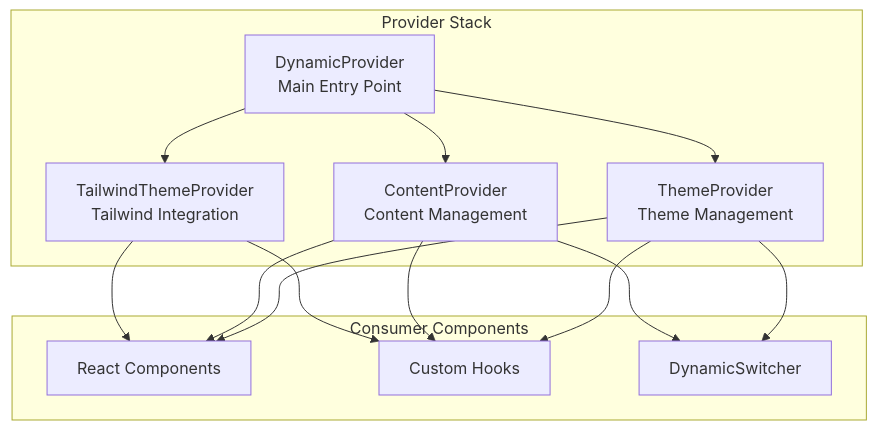
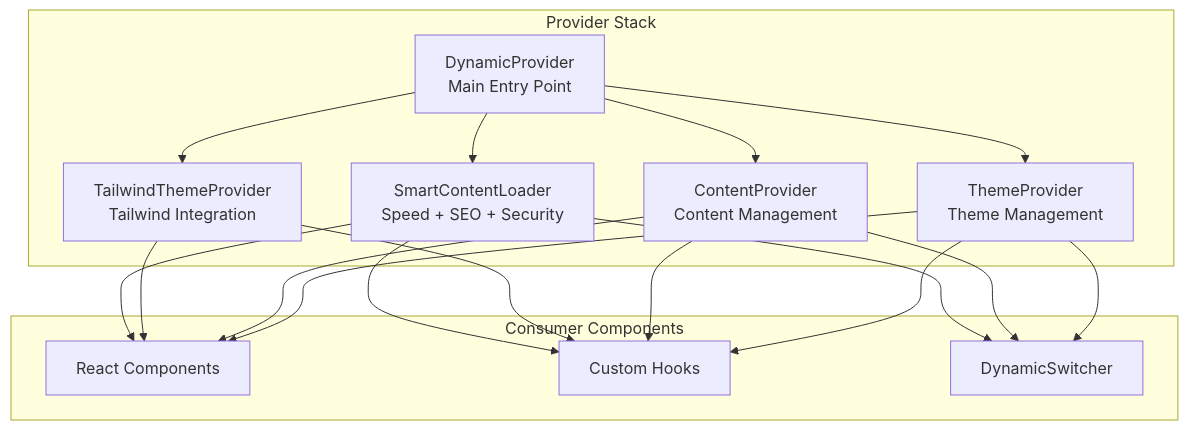
One commit to AahrbitX/Arc-it changed the second of 21 diagrams in ARCHITECTURE.md. Above: the diagram before and after it, drawn with Mermaid. The commit also changed other lines of this file and 7 other files, not shown here.

Commit message:
Update all documentation for Arc-it 1.1.0 with Smart Content Loading features

````diff
--- a/ARCHITECTURE.md
+++ b/ARCHITECTURE.md
@@ -69,28 +75,33 @@
 ```mermaid
 graph TD
     subgraph "Provider Stack"
         DP[DynamicProvider<br/>Main Entry Point]
         TP[ThemeProvider<br/>Theme Management]
         CP[ContentProvider<br/>Content Management]
         TTP[TailwindThemeProvider<br/>Tailwind Integration]
+        SCL[SmartContentLoader<br/>Speed + SEO + Security]
     end
     
     DP --> TP
     DP --> CP
     DP --> TTP
+    DP --> SCL
     
     subgraph "Consumer Components"
         COMP[React Components]
         HOOKS[Custom Hooks]
         DS[DynamicSwitcher]
     end
     
     TP --> COMP
     CP --> COMP
     TTP --> COMP
+    SCL --> COMP
     TP --> HOOKS
     CP --> HOOKS
     TTP --> HOOKS
+    SCL --> HOOKS
     TP --> DS
     CP --> DS
+    SCL --> DS
 ```
````
